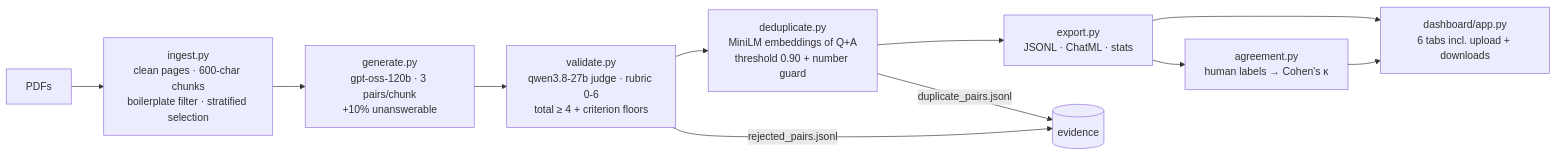
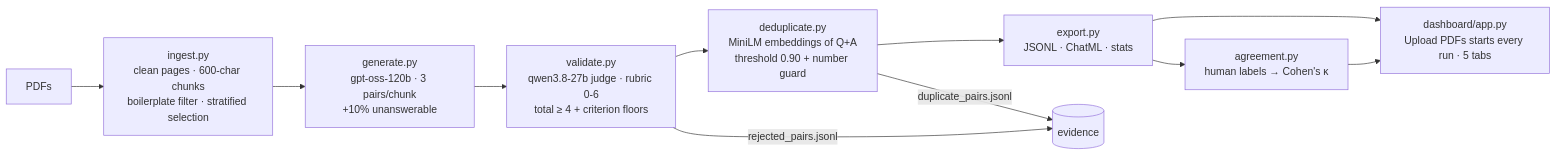
Before and after one commit to SATYAKIGHOSH860/SYNTHETIC-TRAINING-DATA-GENERATION-FOR-LLM: the diagram in README.md, drawn with Mermaid. The commit also changed other lines of this file and 27 other files, not shown here.

````diff
--- a/README.md
+++ b/README.md
@@ -46,13 +51,13 @@
 ```mermaid
 flowchart LR
     A[PDFs] --> B[ingest.py<br/>clean pages · 600-char chunks<br/>boilerplate filter · stratified selection]
     B --> C[generate.py<br/>gpt-oss-120b · 3 pairs/chunk<br/>+10% unanswerable]
     C --> D[validate.py<br/>qwen3.8-27b judge · rubric 0-6<br/>total ≥ 4 + criterion floors]
     D --> E[deduplicate.py<br/>MiniLM embeddings of Q+A<br/>threshold 0.90 + number guard]
     E --> F[export.py<br/>JSONL · ChatML · stats]
     D -- rejected_pairs.jsonl --> G[(evidence)]
     E -- duplicate_pairs.jsonl --> G
-    F --> H[dashboard/app.py<br/>6 tabs incl. upload + downloads]
+    F --> H[dashboard/app.py<br/>Upload PDFs starts every run · 5 tabs]
     F --> I[agreement.py<br/>human labels → Cohen's κ]
     I --> H
 ```
````
